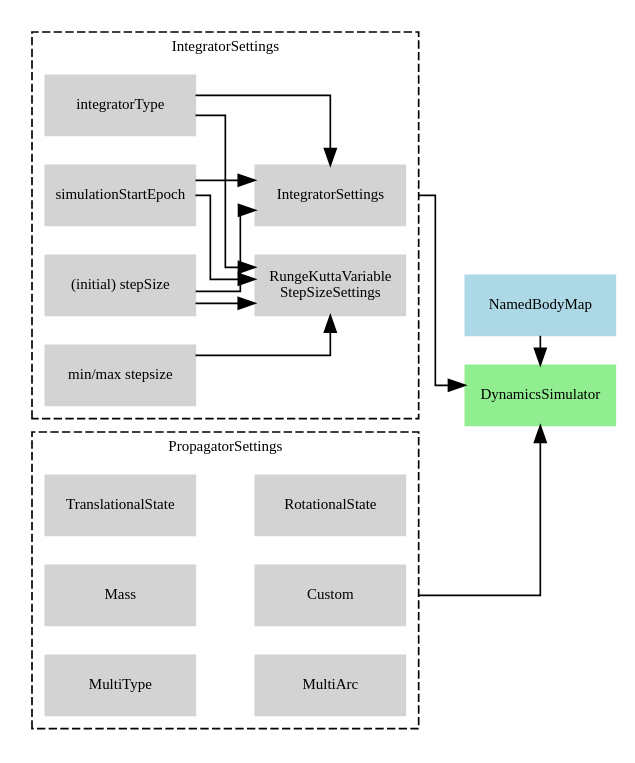
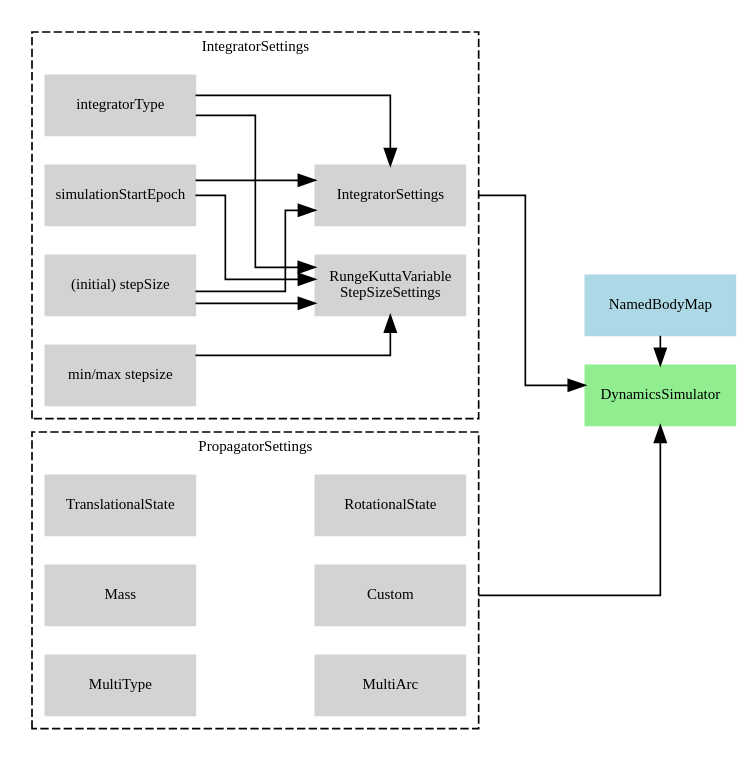
One commit to Tudat/tudat changed the diagram in tutorials/tudatFeatures/propagationSetup/index.rst. Above: the diagram before and after it, drawn with Graphviz. The commit also changed other lines of this file, not shown here.

Commit message:
extra space between nodes

```diff
--- a/tutorials/tudatFeatures/propagationSetup/index.rst
+++ b/tutorials/tudatFeatures/propagationSetup/index.rst
@@ -12,6 +12,7 @@
    {
       # General diagram settings
       rankdir = "LR";
+      ranksep = "1.0"
       splines = ortho;    
       compound = true;  
 
@@ -44,6 +45,8 @@
          fontsize = 9;
          style = dashed;
          rank = min;
+         href = "http://tudat.tudelft.nl/tutorials/tudatFeatures/propagationSetup/integratorSettings.html";
+         target = "_top";
 
  
          # IntegratorSettings input
@@ -67,6 +70,8 @@
          fontsize = 9;
          style = dashed;
          rank = min;
+         href = "http://tudat.tudelft.nl/tutorials/tudatFeatures/propagationSetup/propagatorSettings.html";
+         target = "_top";
          
          TranslationalState -> RotationalState [style = invis];
          Mass -> Custom [style = invis];
```
